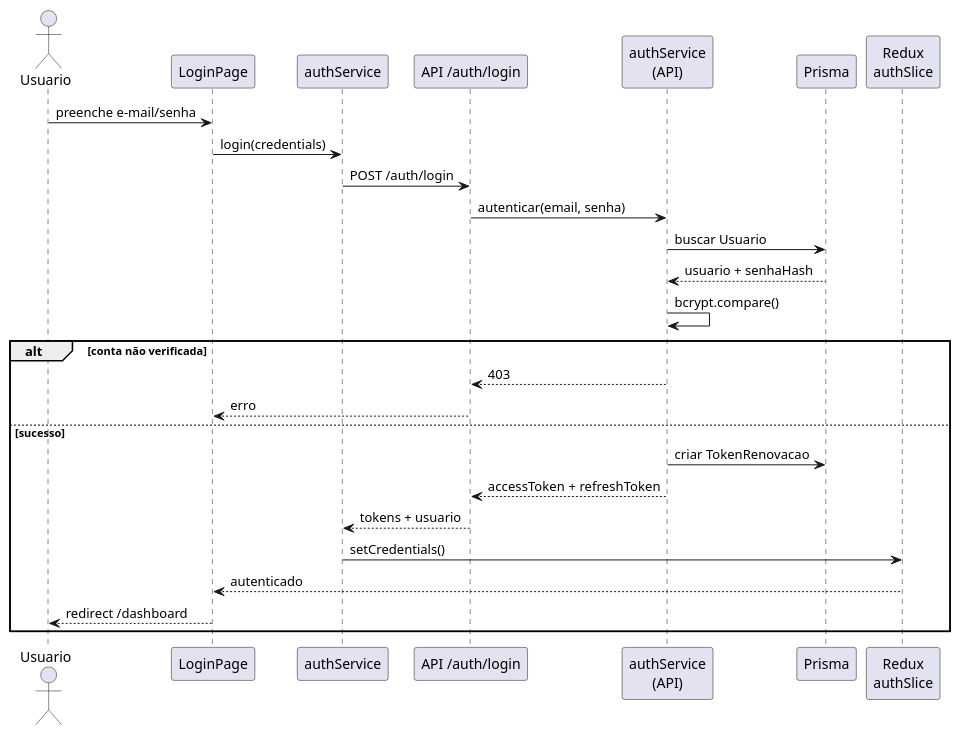
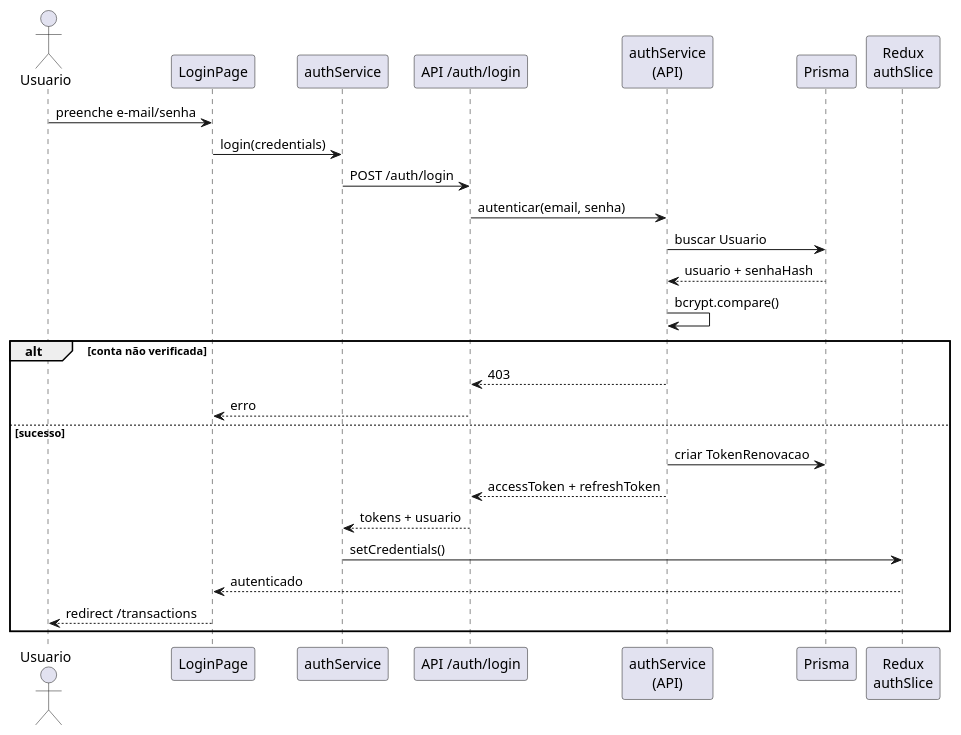
One commit to MatheusFelipeCorrea/Pulso changed the first of 5 diagrams in Documentacao/Diagramas/Diagrama de Sequência/pulso-sequencia.puml. Above: the diagram before and after it, drawn with PlantUML. The commit also changed 176 other files, not shown here.

```diff
--- a/Documentacao/Diagramas/Diagrama de Sequência/pulso-sequencia.puml
+++ b/Documentacao/Diagramas/Diagrama de Sequência/pulso-sequencia.puml
@@ -1,32 +1,32 @@
 @startuml pulso-sequencia-login
 ' Pulso — Sequência: Login com e-mail
 ' Versão: 1.0 | Data: 2026-06-09
 
 actor Usuario
 participant "LoginPage" as Page
 participant "authService" as Svc
 participant "API /auth/login" as API
 participant "authService\n(API)" as AuthSvc
 participant "Prisma" as DB
 participant "Redux\nauthSlice" as Store
 
 Usuario -> Page : preenche e-mail/senha
 Page -> Svc : login(credentials)
 Svc -> API : POST /auth/login
 API -> AuthSvc : autenticar(email, senha)
 AuthSvc -> DB : buscar Usuario
 DB --> AuthSvc : usuario + senhaHash
 AuthSvc -> AuthSvc : bcrypt.compare()
 alt conta não verificada
   AuthSvc --> API : 403
   API --> Page : erro
 else sucesso
   AuthSvc -> DB : criar TokenRenovacao
   AuthSvc --> API : accessToken + refreshToken
   API --> Svc : tokens + usuario
   Svc -> Store : setCredentials()
   Store --> Page : autenticado
-  Page --> Usuario : redirect /dashboard
+  Page --> Usuario : redirect /transactions
 end
 
 @enduml
```
